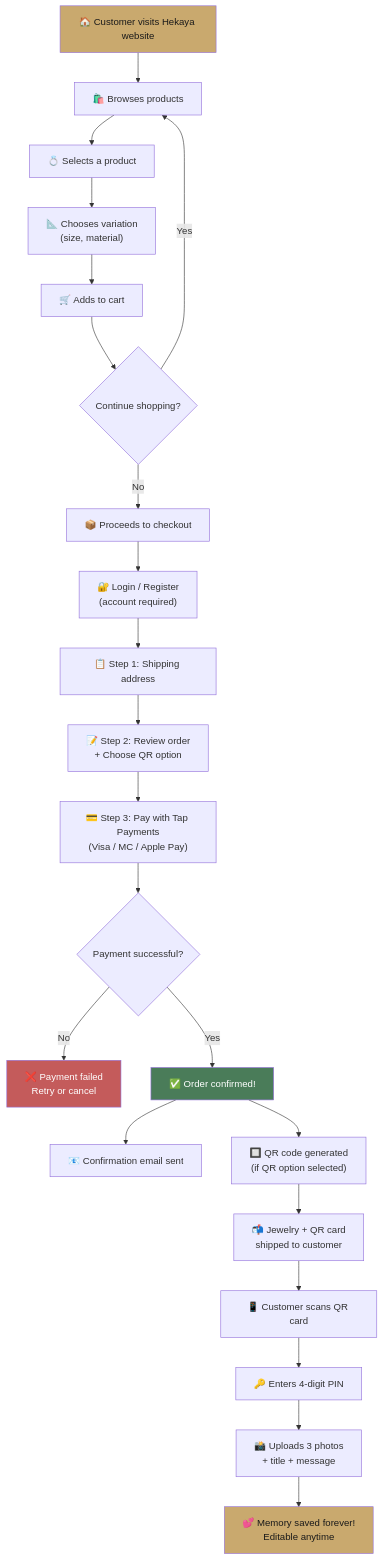
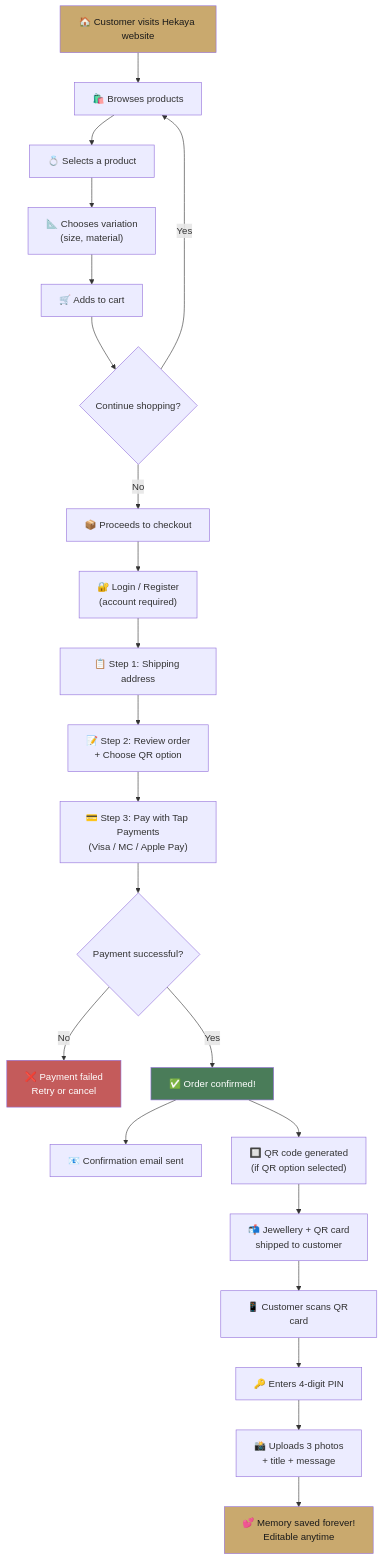
One commit to NourAlmoradi/Hekaya_Jewerlley changed the first of 9 diagrams in PROJECT_WORKFLOW.md. Above: the diagram before and after it, drawn with Mermaid. The commit also changed other lines of this file and 12 other files, not shown here.

Commit message:
Rename 'jewelry' to 'jewellery' across all files

````diff
--- a/PROJECT_WORKFLOW.md
+++ b/PROJECT_WORKFLOW.md
@@ -28,29 +28,29 @@
 ```mermaid
 flowchart TD
     A["🏠 Customer visits Hekaya website"] --> B["🛍️ Browses products"]
     B --> C["💍 Selects a product"]
     C --> D["📐 Chooses variation\n(size, material)"]
     D --> E["🛒 Adds to cart"]
     E --> F{"Continue shopping?"}
     F -->|Yes| B
     F -->|No| G["📦 Proceeds to checkout"]
     G --> H["🔐 Login / Register\n(account required)"]
     H --> I["📋 Step 1: Shipping address"]
     I --> J["📝 Step 2: Review order\n+ Choose QR option"]
     J --> K["💳 Step 3: Pay with Tap Payments\n(Visa / MC / Apple Pay)"]
     K --> L{"Payment successful?"}
     L -->|No| M["❌ Payment failed\nRetry or cancel"]
     L -->|Yes| N["✅ Order confirmed!"]
     N --> O["📧 Confirmation email sent"]
     N --> P["🔲 QR code generated\n(if QR option selected)"]
-    P --> Q["📬 Jewelry + QR card\nshipped to customer"]
+    P --> Q["📬 Jewellery + QR card\nshipped to customer"]
     Q --> R["📱 Customer scans QR card"]
     R --> S["🔑 Enters 4-digit PIN"]
     S --> T["📸 Uploads 3 photos\n+ title + message"]
     T --> U["💕 Memory saved forever!\nEditable anytime"]
 
     style A fill:#C9A96E,color:#1A1A1A
     style N fill:#4A7C59,color:white
     style U fill:#C9A96E,color:#1A1A1A
     style M fill:#C45B5B,color:white
 ```
````
